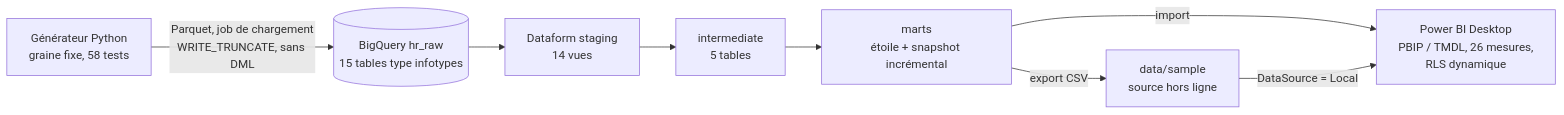
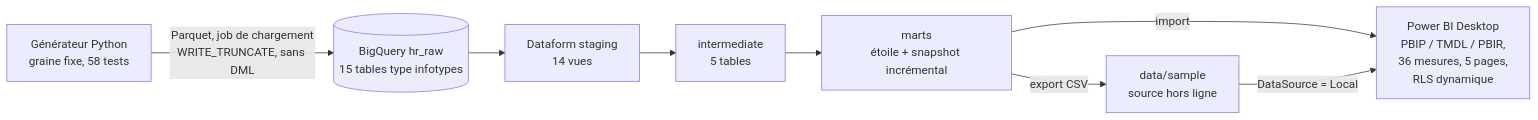
Before and after one commit to AxelCorral/people-analytics-gcp: the diagram in README.md, drawn with Mermaid. The commit also changed other lines of this file and 5 other files, not shown here.

````diff
--- a/README.md
+++ b/README.md
@@ -19,10 +32,10 @@
 ```mermaid
 flowchart LR
   G["Générateur Python<br/>graine fixe, 58 tests"] -->|Parquet, job de chargement<br/>WRITE_TRUNCATE, sans DML| R[("BigQuery hr_raw<br/>15 tables type infotypes")]
   R --> S["Dataform staging<br/>14 vues"]
   S --> I["intermediate<br/>5 tables"]
   I --> M["marts<br/>étoile + snapshot incrémental"]
-  M -->|import| P["Power BI Desktop<br/>PBIP / TMDL, 26 mesures,<br/>RLS dynamique"]
+  M -->|import| P["Power BI Desktop<br/>PBIP / TMDL / PBIR,<br/>36 mesures, 5 pages,<br/>RLS dynamique"]
   M -->|export CSV| C["data/sample<br/>source hors ligne"]
   C -->|DataSource = Local| P
 ```
````
